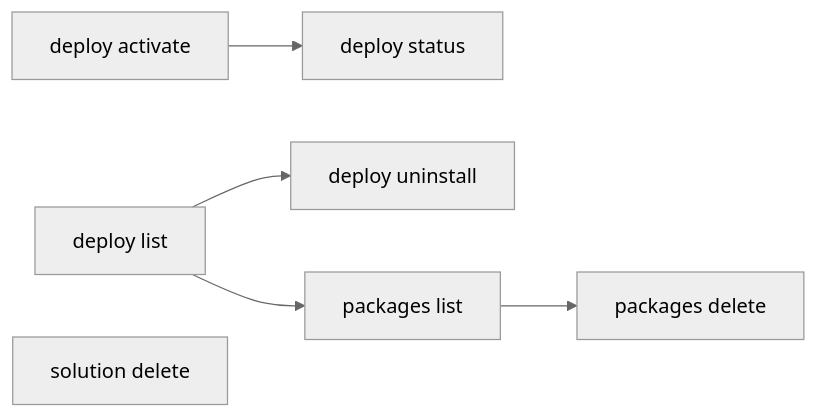
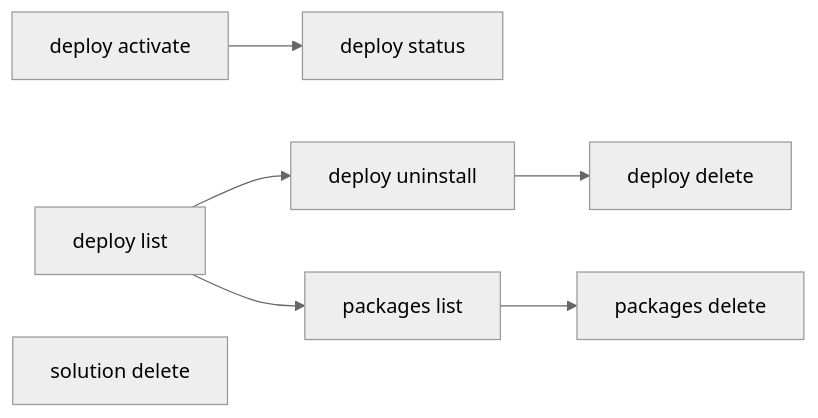
One commit to UiPath/skills changed the diagram in skills/uipath-solution/references/activate-and-manage.md. Above: the diagram before and after it, drawn with Mermaid (neutral theme). The commit also changed other lines of this file and 1 other file, not shown here.

First line of the commit message:
docs(uipath-solution): document `deploy delete` beside uninstall

````diff
--- a/skills/uipath-solution/references/activate-and-manage.md
+++ b/skills/uipath-solution/references/activate-and-manage.md
@@ -22,8 +22,9 @@
 ```mermaid
 graph LR
     A[deploy activate] --> B[deploy status]
     C[deploy list] --> D[deploy uninstall]
+    D --> H[deploy delete]
     C --> E[packages list]
     E --> F[packages delete]
     G[solution delete]
 ```
````
